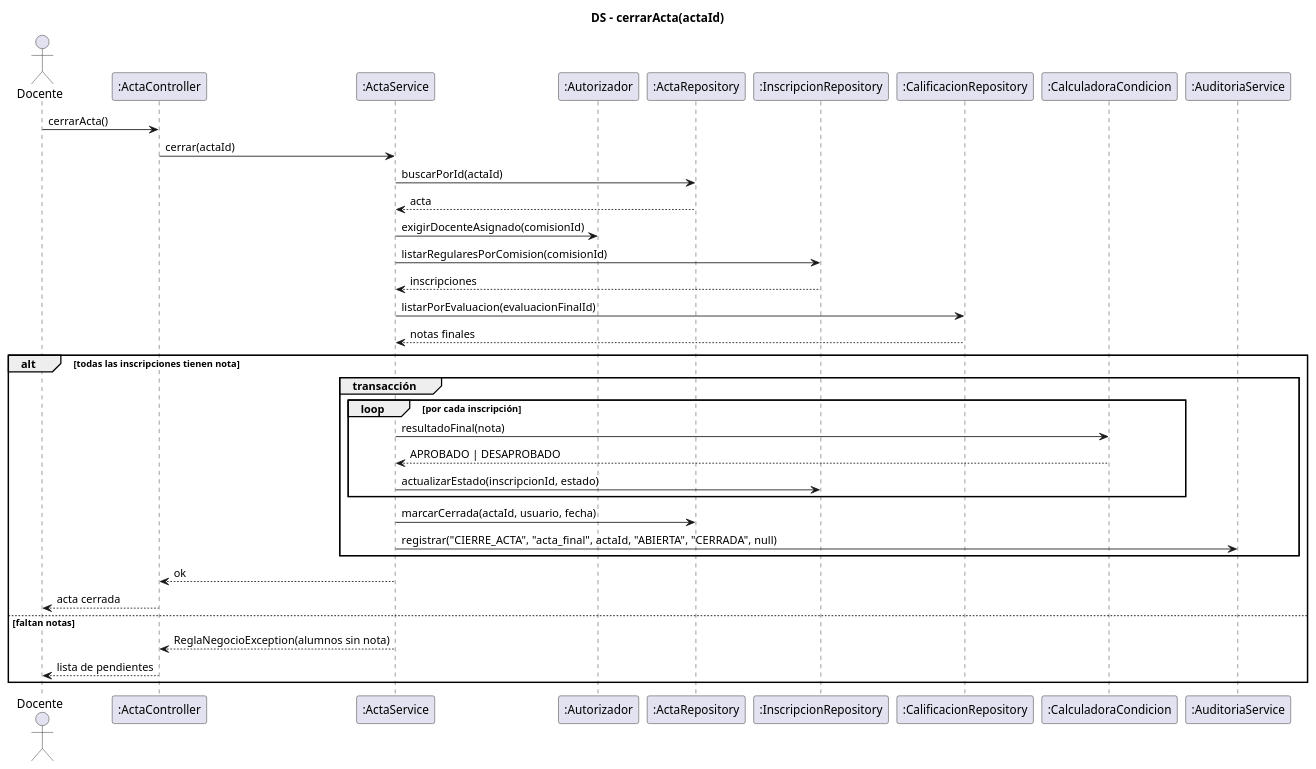
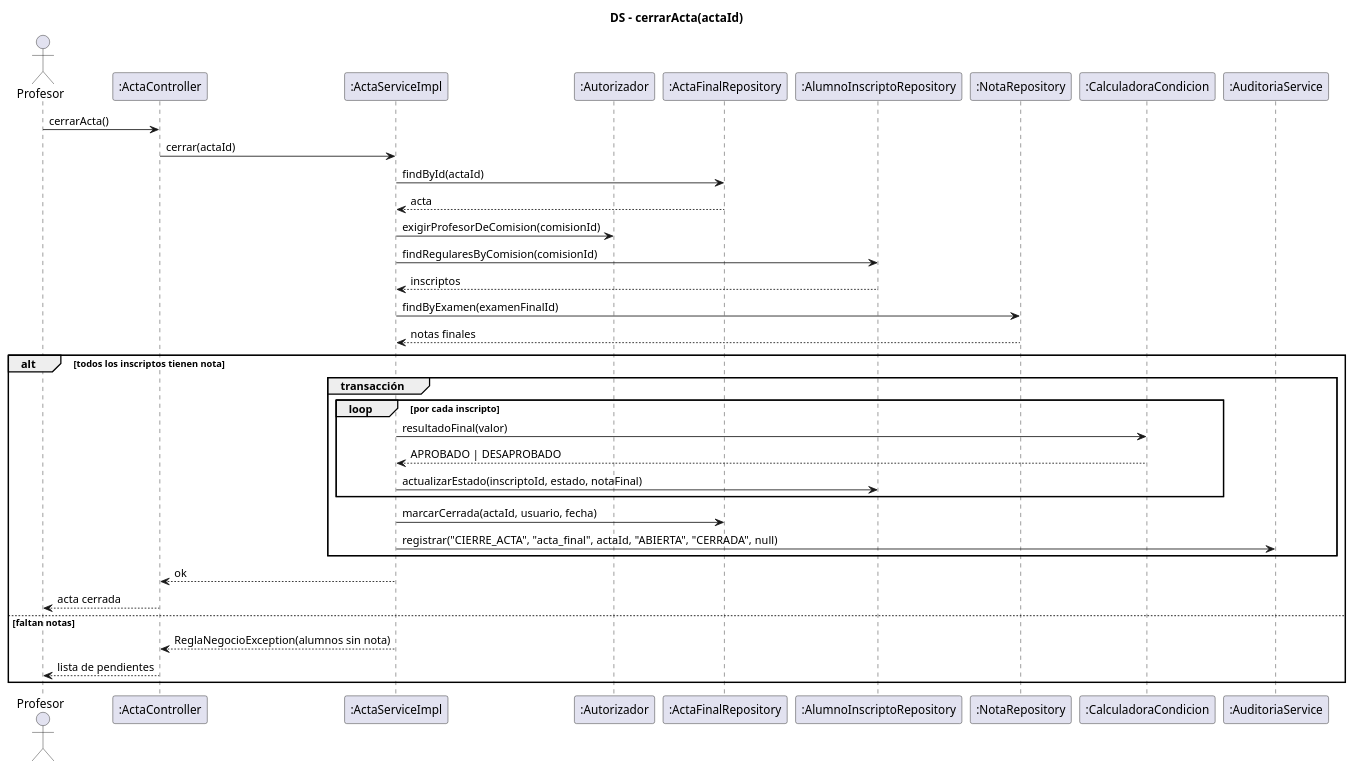
Before and after one commit to ISMAELALTHENOFER/BACKOFFICE-ACADEMICO-ITEC-N-1: the diagram in document/diagramas/21-ds-cerrar-acta.puml, drawn with PlantUML. The commit also changed 41 other files, not shown here.

```diff
--- a/document/diagramas/21-ds-cerrar-acta.puml
+++ b/document/diagramas/21-ds-cerrar-acta.puml
@@ -1,39 +1,39 @@
 @startuml ds-cerrar-acta
 skinparam shadowing false
 title DS - cerrarActa(actaId)
-actor Docente
+actor Profesor
 participant ":ActaController" as C
-participant ":ActaService" as S
+participant ":ActaServiceImpl" as S
 participant ":Autorizador" as AU
-participant ":ActaRepository" as AC
-participant ":InscripcionRepository" as IR
-participant ":CalificacionRepository" as CR
+participant ":ActaFinalRepository" as AC
+participant ":AlumnoInscriptoRepository" as IR
+participant ":NotaRepository" as NR
 participant ":CalculadoraCondicion" as CC
 participant ":AuditoriaService" as AUD
 
-Docente -> C : cerrarActa()
+Profesor -> C : cerrarActa()
 C -> S : cerrar(actaId)
-S -> AC : buscarPorId(actaId)
+S -> AC : findById(actaId)
 AC --> S : acta
-S -> AU : exigirDocenteAsignado(comisionId)
-S -> IR : listarRegularesPorComision(comisionId)
-IR --> S : inscripciones
-S -> CR : listarPorEvaluacion(evaluacionFinalId)
-CR --> S : notas finales
-alt todas las inscripciones tienen nota
+S -> AU : exigirProfesorDeComision(comisionId)
+S -> IR : findRegularesByComision(comisionId)
+IR --> S : inscriptos
+S -> NR : findByExamen(examenFinalId)
+NR --> S : notas finales
+alt todos los inscriptos tienen nota
   group transacción
-    loop por cada inscripción
-      S -> CC : resultadoFinal(nota)
+    loop por cada inscripto
+      S -> CC : resultadoFinal(valor)
       CC --> S : APROBADO | DESAPROBADO
-      S -> IR : actualizarEstado(inscripcionId, estado)
+      S -> IR : actualizarEstado(inscriptoId, estado, notaFinal)
     end
     S -> AC : marcarCerrada(actaId, usuario, fecha)
     S -> AUD : registrar("CIERRE_ACTA", "acta_final", actaId, "ABIERTA", "CERRADA", null)
   end
   S --> C : ok
-  C --> Docente : acta cerrada
+  C --> Profesor : acta cerrada
 else faltan notas
   S --> C : ReglaNegocioException(alumnos sin nota)
-  C --> Docente : lista de pendientes
+  C --> Profesor : lista de pendientes
 end
 @enduml
```
